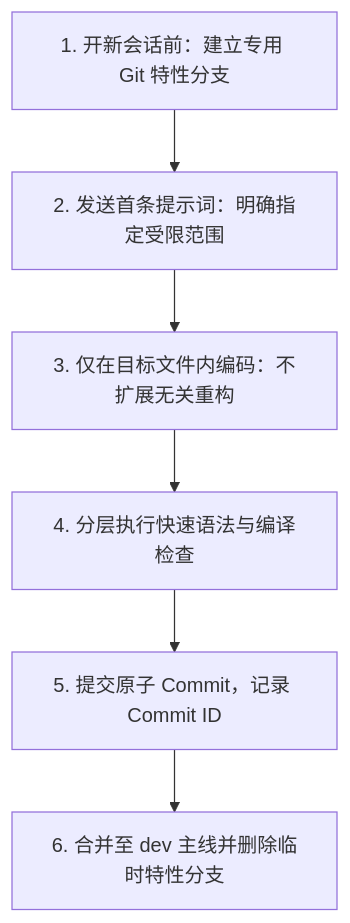
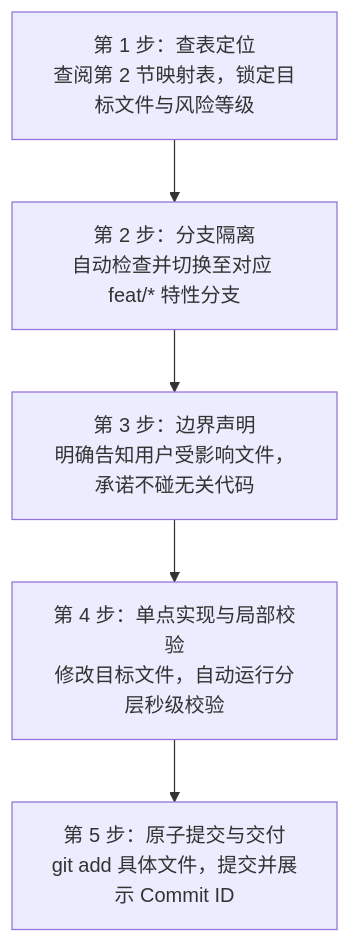
Before and after one commit to gubei2736/Bili-Player: the diagram in docs/ISOLATION_DEV_GUIDE.md, drawn with Mermaid. The commit also changed other lines of this file, not shown here.

````diff
--- a/docs/ISOLATION_DEV_GUIDE.md
+++ b/docs/ISOLATION_DEV_GUIDE.md
@@ -112,8 +25,7 @@
 ```mermaid
 flowchart TD
-    A["1. 开新会话前：建立专用 Git 特性分支"] --> B["2. 发送首条提示词：明确指定受限范围"]
-    B --> C["3. 仅在目标文件内编码：不扩展无关重构"]
-    C --> D["4. 分层执行快速语法与编译检查"]
-    D --> E["5. 提交原子 Commit，记录 Commit ID"]
-    E --> F["6. 合并至 dev 主线并删除临时特性分支"]
+    S1["第 1 步：查表定位<br/>查阅第 2 节映射表，锁定目标文件与风险等级"] --> S2["第 2 步：分支隔离<br/>自动检查并切换至对应 feat/* 特性分支"]
+    S2 --> S3["第 3 步：边界声明<br/>明确告知用户受影响文件，承诺不碰无关代码"]
+    S3 --> S4["第 4 步：单点实现与局部校验<br/>修改目标文件，自动运行分层秒级校验"]
+    S4 --> S5["第 5 步：原子提交与交付<br/>git add 具体文件，提交并展示 Commit ID"]
 ```
````
